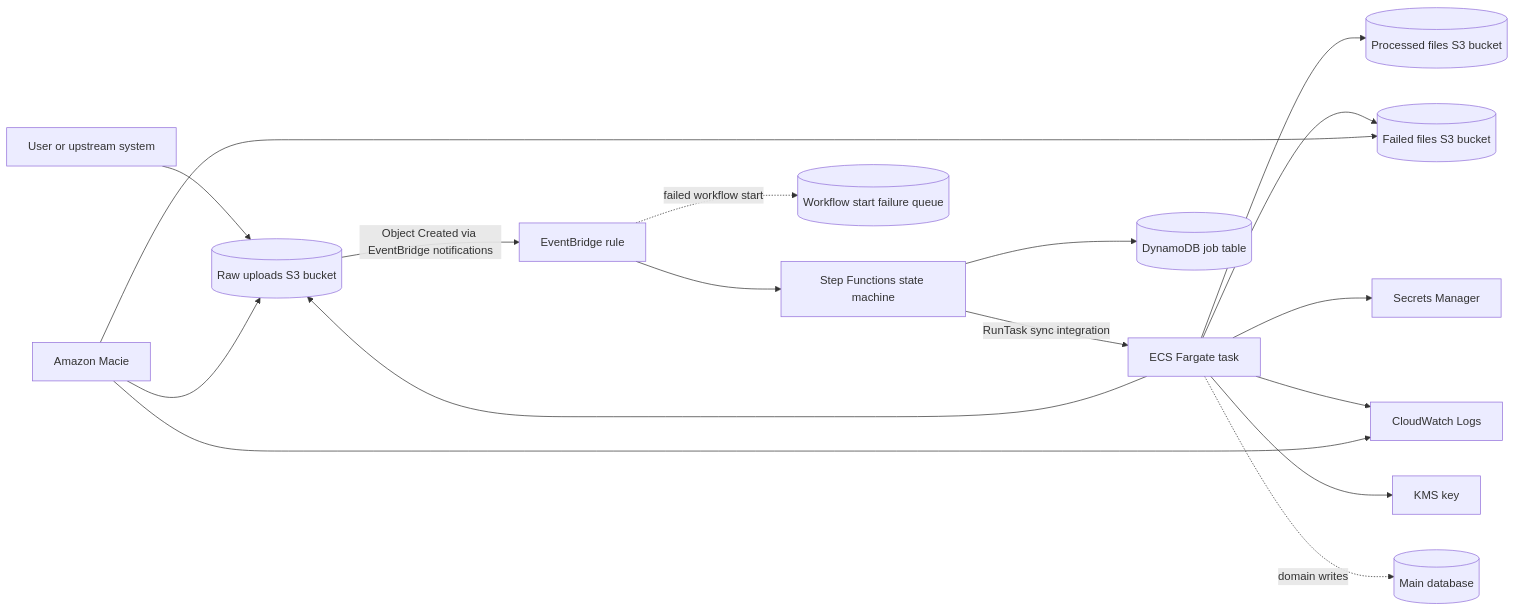
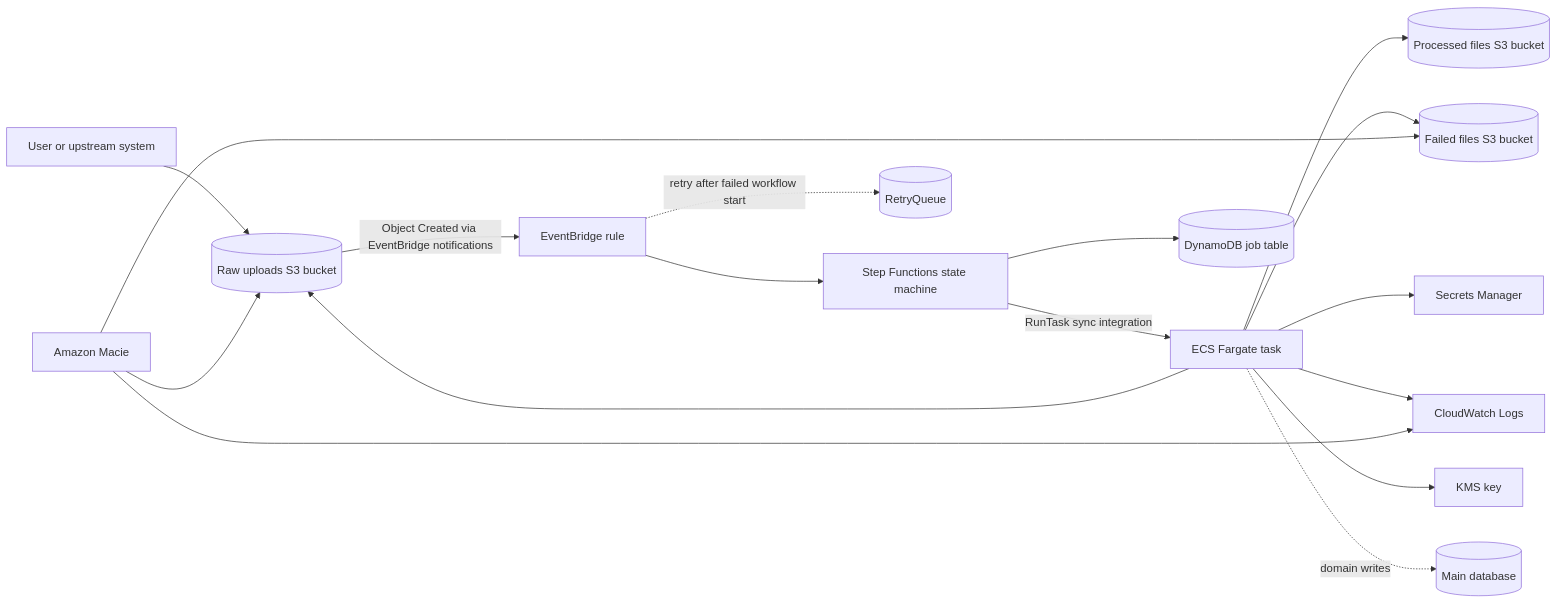
Before and after one commit to tukue/data-processing-infrastructure: the diagram in README.md, drawn with Mermaid. The commit also changed other lines of this file and 2 other files, not shown here.

Commit message:
Rename workflow failure queue references

````diff
--- a/README.md
+++ b/README.md
@@ -9,19 +9,19 @@
 ```mermaid
 flowchart LR
     user[User or upstream system] --> raw[(Raw uploads S3 bucket)]
     raw -->|Object Created via EventBridge notifications| rule[EventBridge rule]
     rule --> sfn[Step Functions state machine]
     sfn -->|RunTask sync integration| ecs[ECS Fargate task]
     ecs --> raw
     ecs --> processed[(Processed files S3 bucket)]
     ecs --> failed[(Failed files S3 bucket)]
     ecs --> secrets[Secrets Manager]
     ecs --> logs[CloudWatch Logs]
     ecs --> kms[KMS key]
     sfn --> jobs[(DynamoDB job table)]
-    rule -. failed workflow start .-> dlq[(Workflow start failure queue)]
+    rule -. retry after failed workflow start .-> retry[(RetryQueue)]
     macie[Amazon Macie] --> logs
     macie --> raw
     macie --> failed
     ecs -. domain writes .-> db[(Main database)]
 ```
````
